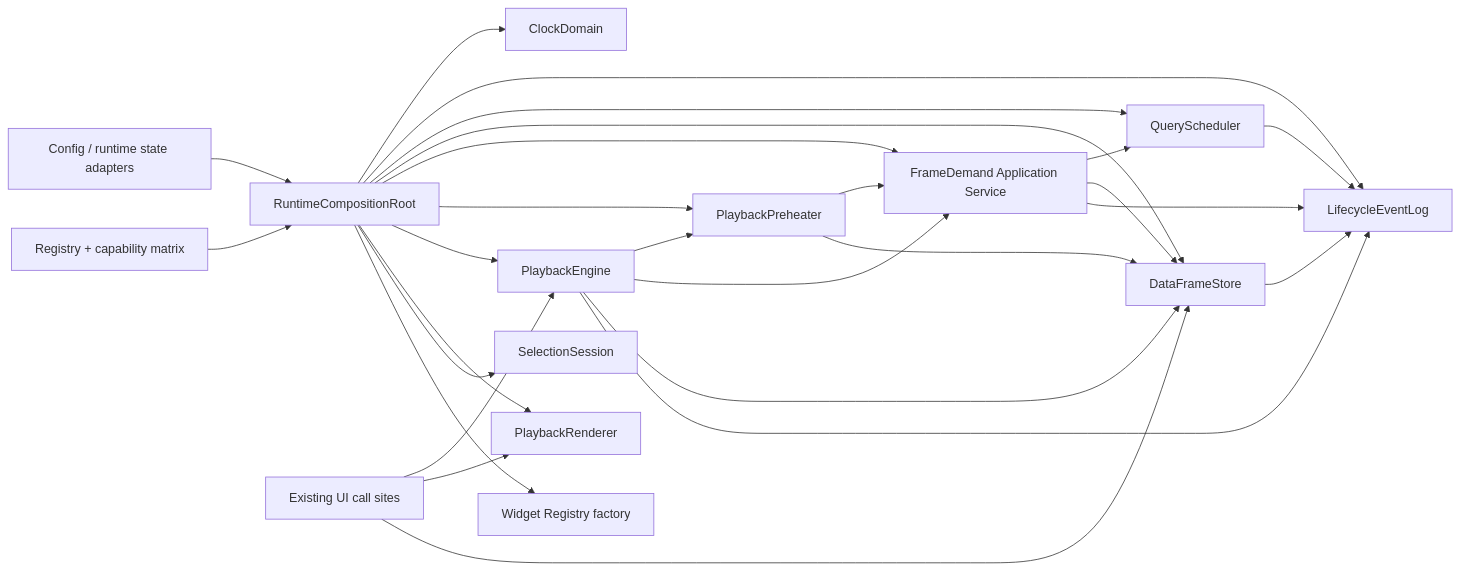
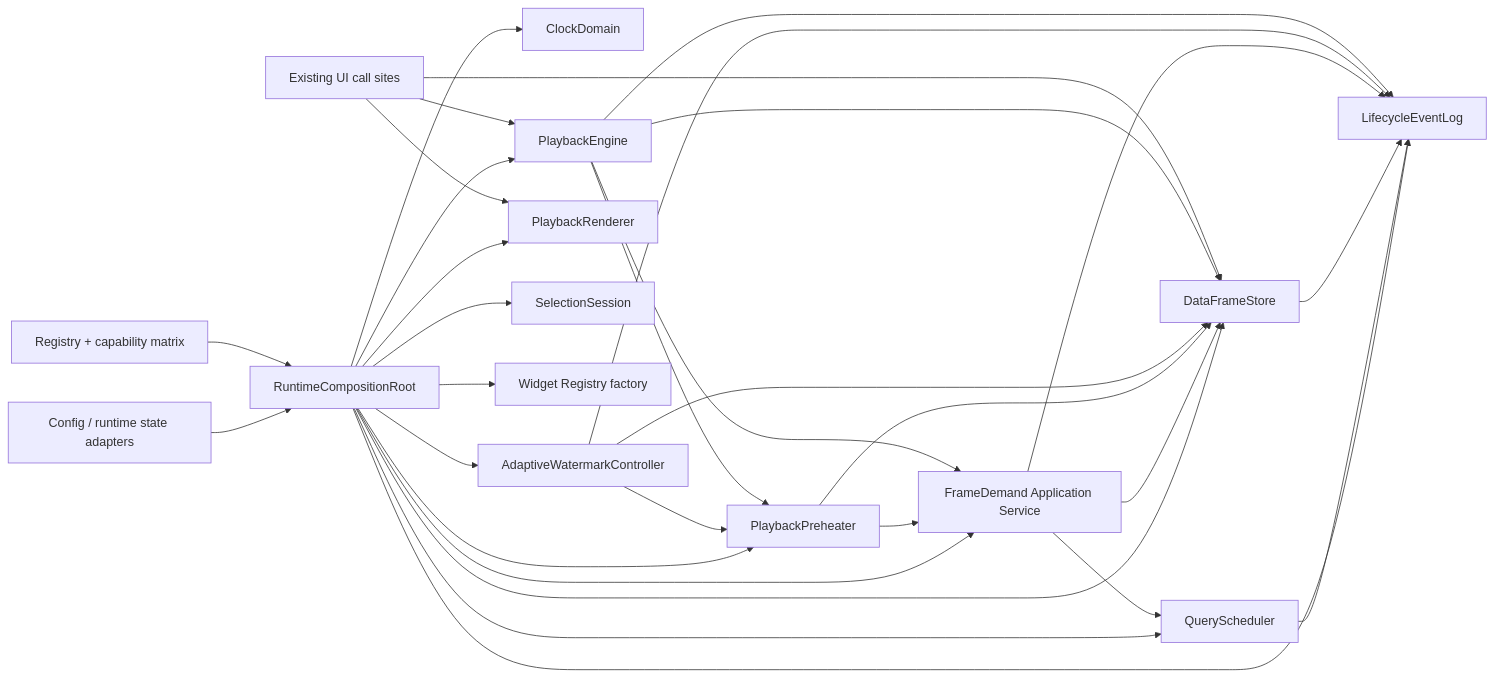
The second of 3 diagrams in docs/architecture/runtime-oop.md (Kagamihara-Ruruka/gfw-flask-mysql-adapter), drawn with Mermaid before and after one commit. The commit also changed other lines of this file and 27 other files, not shown here.

````diff
--- a/docs/architecture/runtime-oop.md
+++ b/docs/architecture/runtime-oop.md
@@ -47,29 +47,33 @@
 ```mermaid
 flowchart LR
   CFG["Config / runtime state adapters"] --> ROOT["RuntimeCompositionRoot"]
   REG["Registry + capability matrix"] --> ROOT
   ROOT --> CLOCK["ClockDomain"]
   ROOT --> LE["LifecycleEventLog"]
   ROOT --> QS["QueryScheduler"]
   ROOT --> DFS["DataFrameStore"]
   ROOT --> FDS["FrameDemand Application Service"]
   ROOT --> PP["PlaybackPreheater"]
+  ROOT --> AWC["AdaptiveWatermarkController"]
   ROOT --> PE["PlaybackEngine"]
   ROOT --> PR["PlaybackRenderer"]
   ROOT --> SS["SelectionSession"]
   ROOT --> WF["Widget Registry factory"]
   QS --> LE
   DFS --> LE
   FDS --> QS
   FDS --> DFS
   FDS --> LE
   PP --> FDS
   PP --> DFS
+  AWC --> DFS
+  AWC --> LE
+  AWC --> PP
   PE --> PP
   PE --> FDS
   PE --> DFS
   PE --> LE
   UI["Existing UI call sites"] --> PE
   UI --> PR
   UI --> DFS
 ```
````
